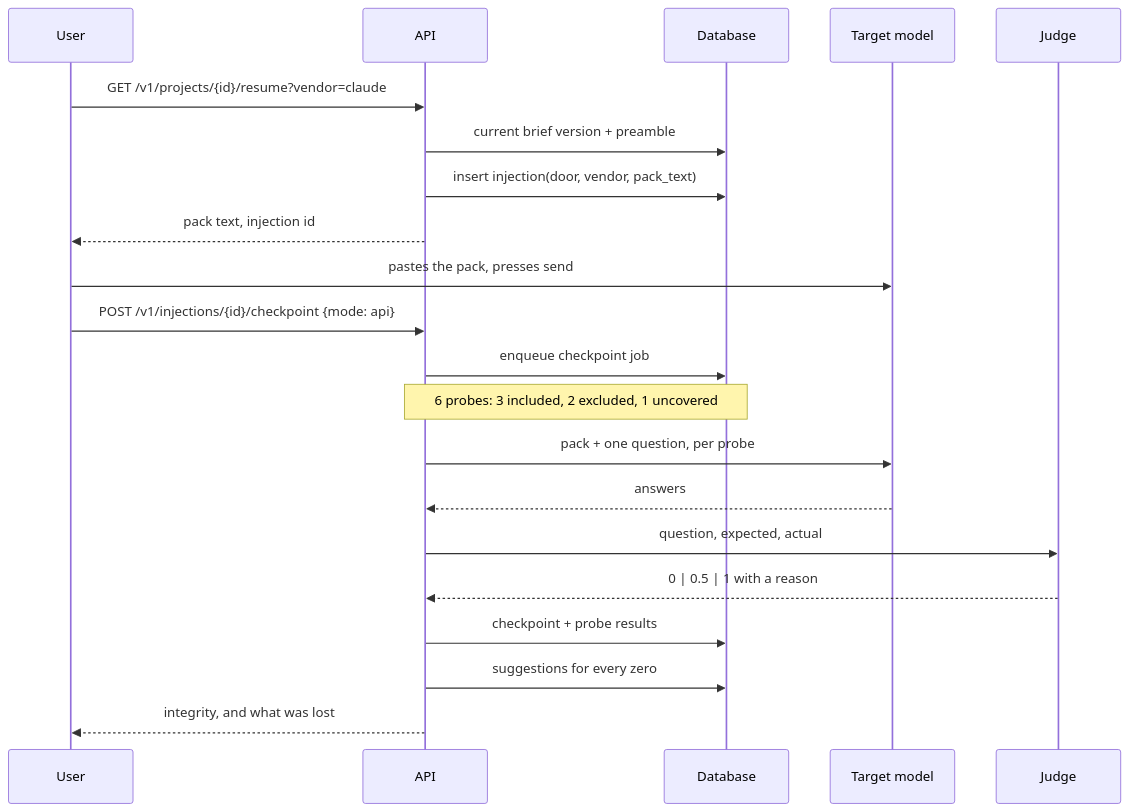
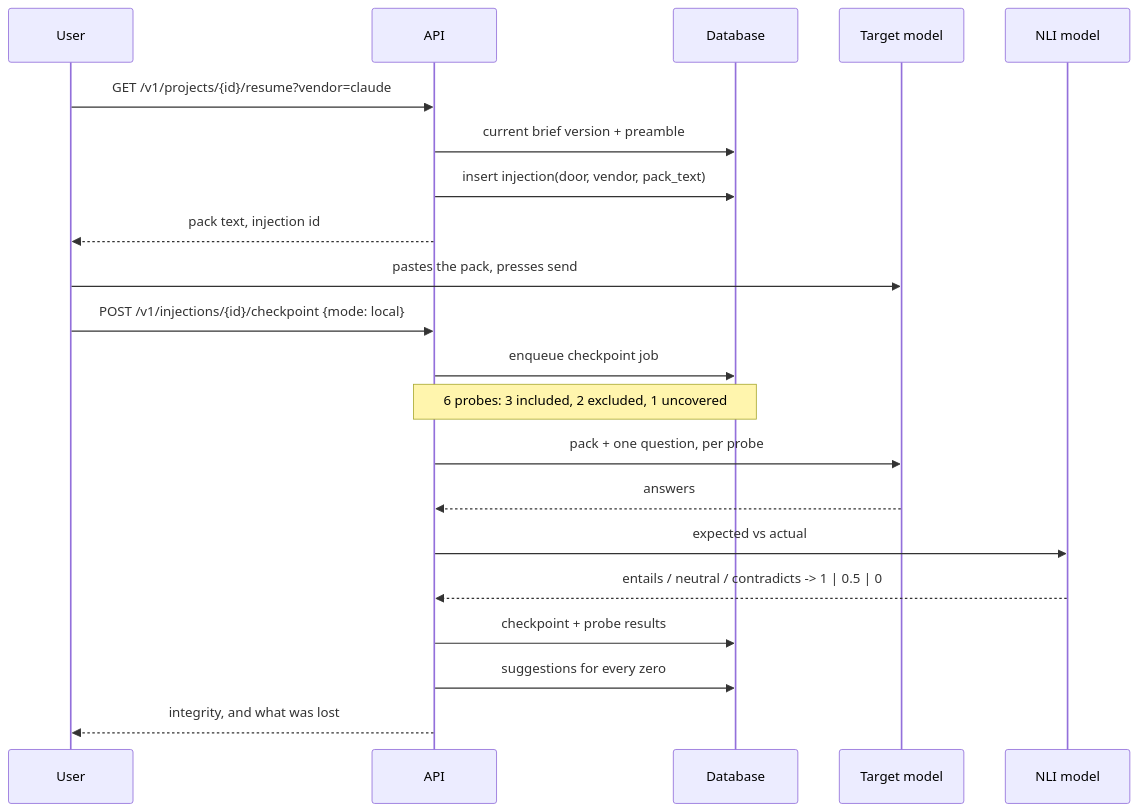
One commit to MoAbboud/PortFolio changed the fourth of 4 diagrams in herder/requirements/03-architecture.md. Above: the diagram before and after it, drawn with Mermaid. The commit also changed other lines of this file and 6 other files, not shown here.

````diff
--- a/herder/requirements/03-architecture.md
+++ b/herder/requirements/03-architecture.md
@@ -346,24 +420,24 @@
 ```mermaid
 sequenceDiagram
     participant U as User
     participant A as API
     participant DB as Database
     participant T as Target model
-    participant J as Judge
+    participant J as NLI model
 
     U->>A: GET /v1/projects/{id}/resume?vendor=claude
     A->>DB: current brief version + preamble
     A->>DB: insert injection(door, vendor, pack_text)
     A-->>U: pack text, injection id
     U->>T: pastes the pack, presses send
-    U->>A: POST /v1/injections/{id}/checkpoint {mode: api}
+    U->>A: POST /v1/injections/{id}/checkpoint {mode: local}
     A->>DB: enqueue checkpoint job
     Note over A,DB: 6 probes: 3 included, 2 excluded, 1 uncovered
     A->>T: pack + one question, per probe
     T-->>A: answers
-    A->>J: question, expected, actual
-    J-->>A: 0 | 0.5 | 1 with a reason
+    A->>J: expected vs actual
+    J-->>A: entails / neutral / contradicts -> 1 | 0.5 | 0
     A->>DB: checkpoint + probe results
     A->>DB: suggestions for every zero
     A-->>U: integrity, and what was lost
 ```
````
